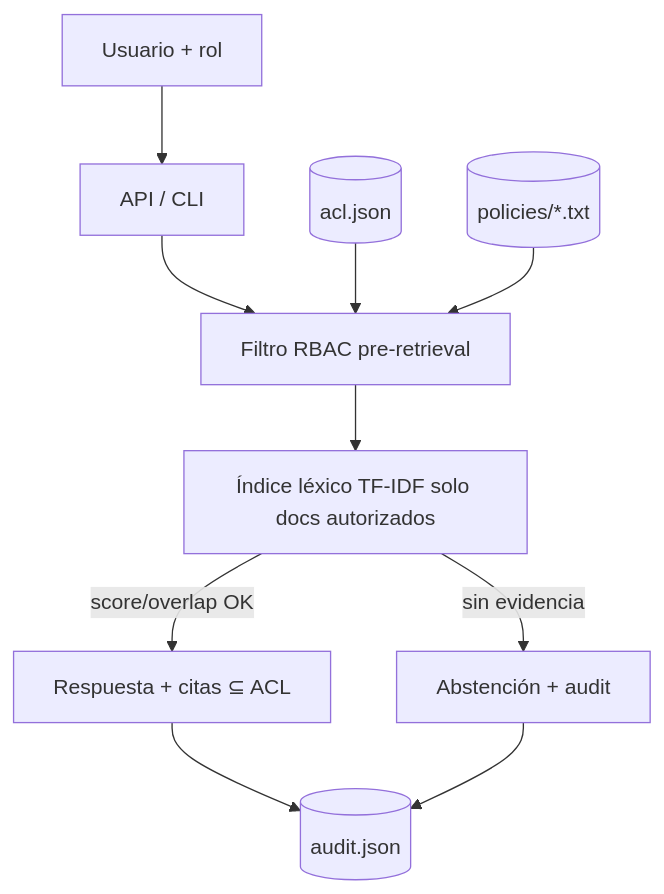
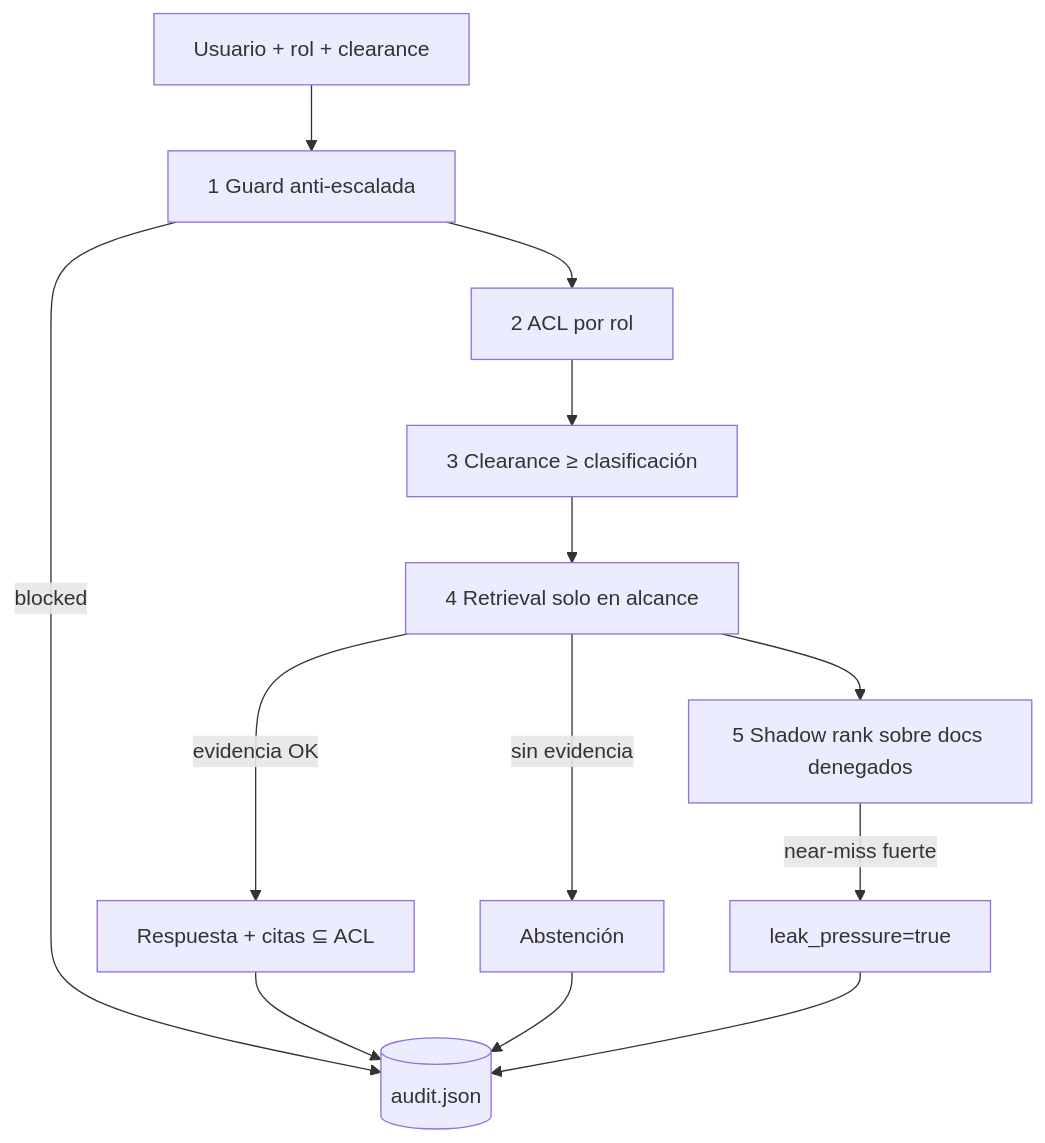
One commit to Angelzaki/policy-rag-rbac changed the diagram in docs/architecture.md. Above: the diagram before and after it, drawn with Mermaid. The commit also changed other lines of this file and 25 other files, not shown here.

Commit message:
Deepen RBAC: clearance ABAC, anti-escalation guard, shadow leak pressure, adversarial suite.

````diff
--- a/docs/architecture.md
+++ b/docs/architecture.md
@@ -9,12 +9,15 @@
 ```mermaid
 flowchart TD
-  U[Usuario + rol] --> A[API / CLI]
-  A --> F[Filtro RBAC pre-retrieval]
-  ACL[(acl.json)] --> F
-  CORPUS[(policies/*.txt)] --> F
-  F --> R[Índice léxico TF-IDF solo docs autorizados]
-  R -->|score/overlap OK| ANS[Respuesta + citas ⊆ ACL]
-  R -->|sin evidencia| ABS[Abstención + audit]
-  ANS --> LOG[(audit.json)]
-  ABS --> LOG
+  U[Usuario + rol + clearance] --> G[1 Guard anti-escalada]
+  G -->|blocked| AUD[(audit.json)]
+  G --> ACL[2 ACL por rol]
+  ACL --> CL[3 Clearance ≥ clasificación]
+  CL --> R[4 Retrieval solo en alcance]
+  R --> SH[5 Shadow rank sobre docs denegados]
+  R -->|evidencia OK| ANS[Respuesta + citas ⊆ ACL]
+  R -->|sin evidencia| ABS[Abstención]
+  SH -->|near-miss fuerte| LP[leak_pressure=true]
+  ANS --> AUD
+  ABS --> AUD
+  LP --> AUD
 ```
````
